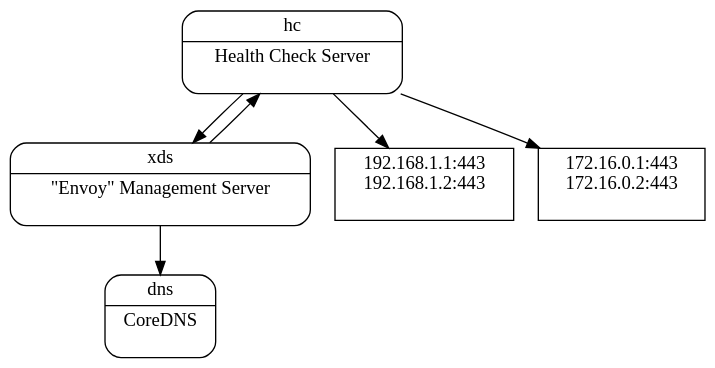
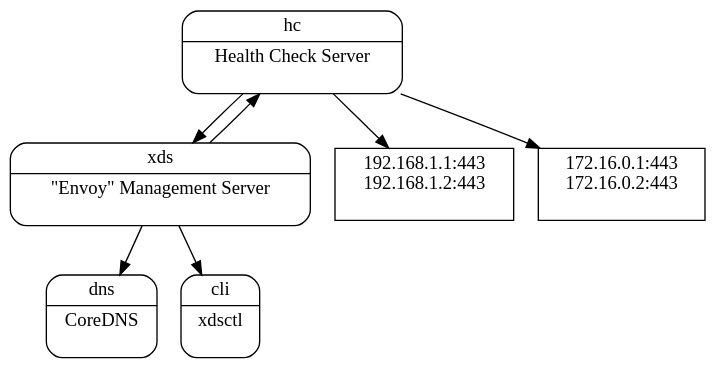
Before and after one commit to miekg/kubeadam: the diagram in xds-overview.dot, drawn with Graphviz. The commit also changed 2 other files, not shown here.

```diff
--- a/xds-overview.dot
+++ b/xds-overview.dot
@@ -1,28 +1,33 @@
 digraph xds_overview {
     bgcolor="transparent"
     subgraph sub_web_us {
         label="web US";
         node[shape=record]
         web_us [label="<f0> 192.168.1.1:443\n192.168.1.2:443\n\n"];
     }
     subgraph sub_web_eu {
         label="web EU";
         node[shape=record]
         web_eu [label="<f0> 172.16.0.1:443\n172.16.0.2:443\n\n"];
     }
     subgraph sub_xds {
         xds [label="{<f0> xds|<f1> \"Envoy\" Management Server\n\n}" shape=Mrecord];
     }
     subgraph sub_hc {
         hc [label="{<f0> hc|<f1> Health Check Server\n\n}" shape=Mrecord];
     }
     subgraph sub_coredns {
         coredns [label="{<f0> dns|<f1> CoreDNS\n\n}" shape=Mrecord];
     }
+    subgraph sub_xdsctl {
+        xdsctl [label="{<f0> cli|<f1> xdsctl\n\n}" shape=Mrecord];
+    }
     {rank=same; web_us, web_eu}
+    {rank=same; coredns, xdsctl}
 
     hc -> xds
     xds -> hc
     xds -> coredns
+    xds -> xdsctl
     hc -> web_eu, web_us
 }
```
